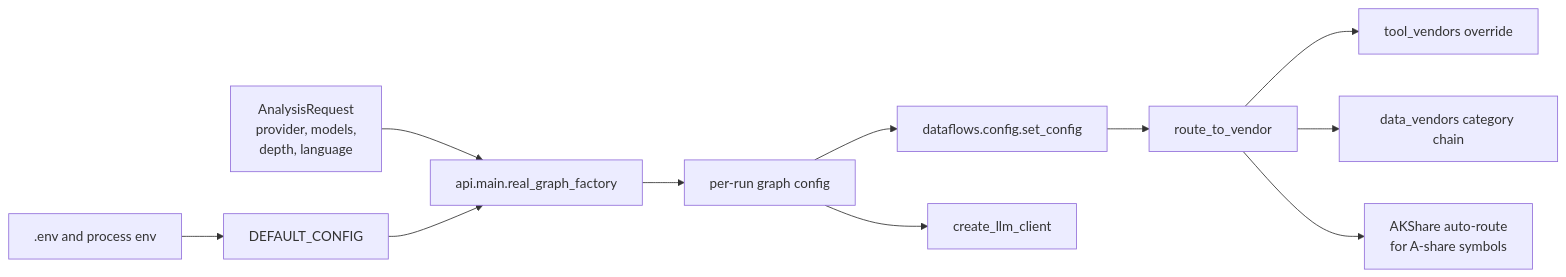
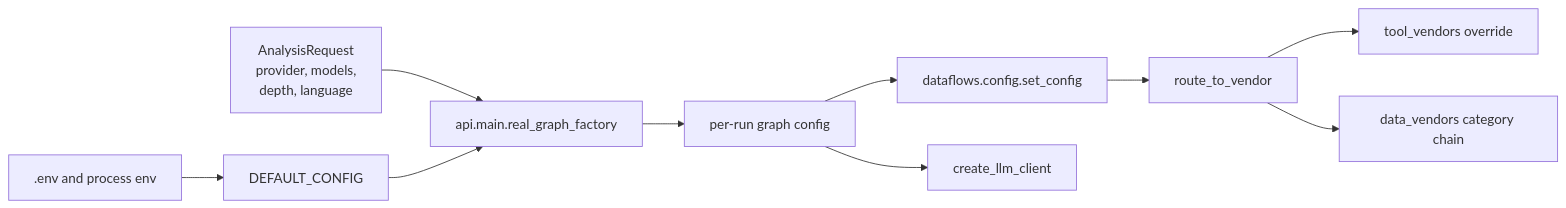
One commit to solodonut/TradingAgents changed the fourth of 7 diagrams in docs/architecture-and-design.md. Above: the diagram before and after it, drawn with Mermaid. The commit also changed other lines of this file and 29 other files, not shown here.

````diff
--- a/docs/architecture-and-design.md
+++ b/docs/architecture-and-design.md
@@ -176,13 +176,12 @@
 ```mermaid
 flowchart LR
     Env[.env and process env] --> DefaultConfig[DEFAULT_CONFIG]
     WebRequest[AnalysisRequest<br/>provider, models,<br/>depth, language] --> ApiFactory[api.main.real_graph_factory]
     DefaultConfig --> ApiFactory
     ApiFactory --> GraphConfig[per-run graph config]
     GraphConfig --> SetConfig[dataflows.config.set_config]
     GraphConfig --> LLMFactory[create_llm_client]
     SetConfig --> VendorRouter[route_to_vendor]
     VendorRouter --> ToolVendors[tool_vendors override]
     VendorRouter --> CategoryVendors[data_vendors category chain]
-    VendorRouter --> AShareAuto[AKShare auto-route<br/>for A-share symbols]
 ```
````
